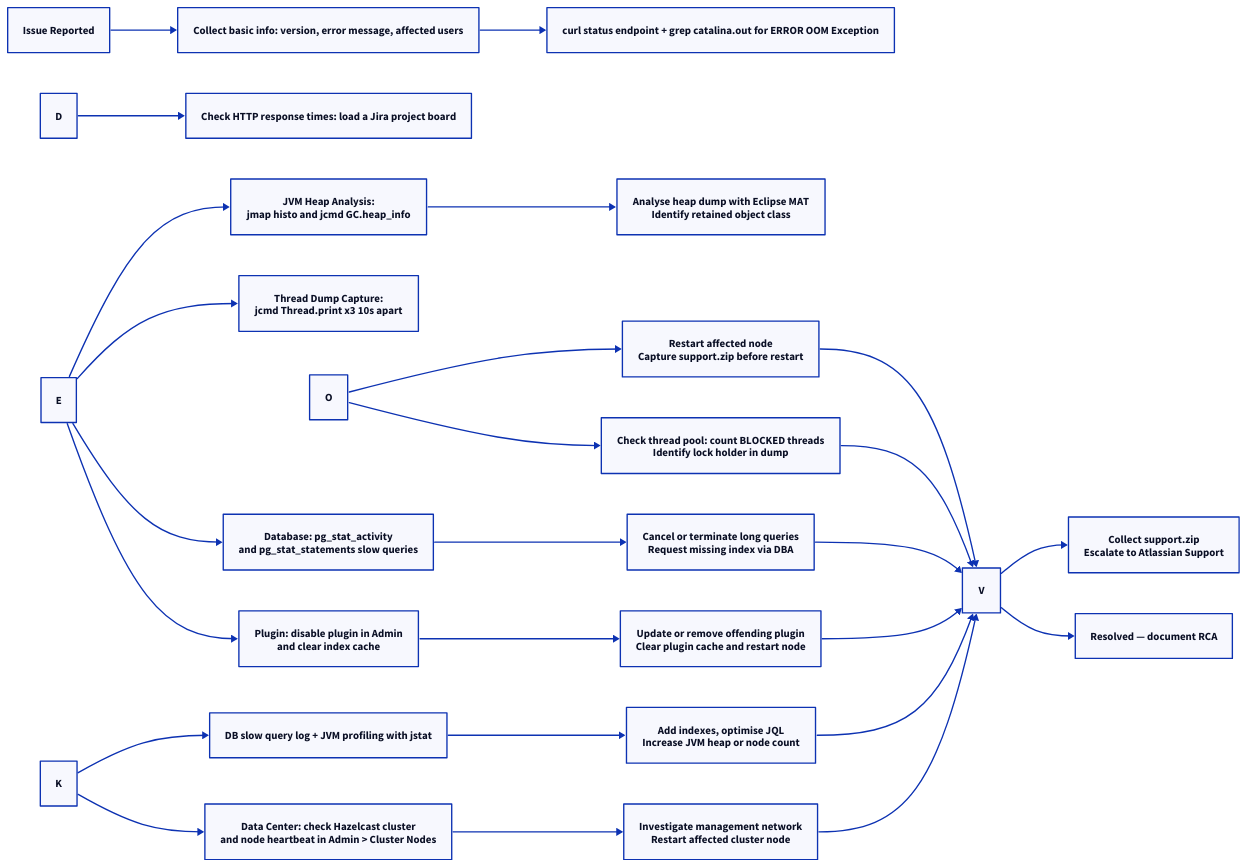
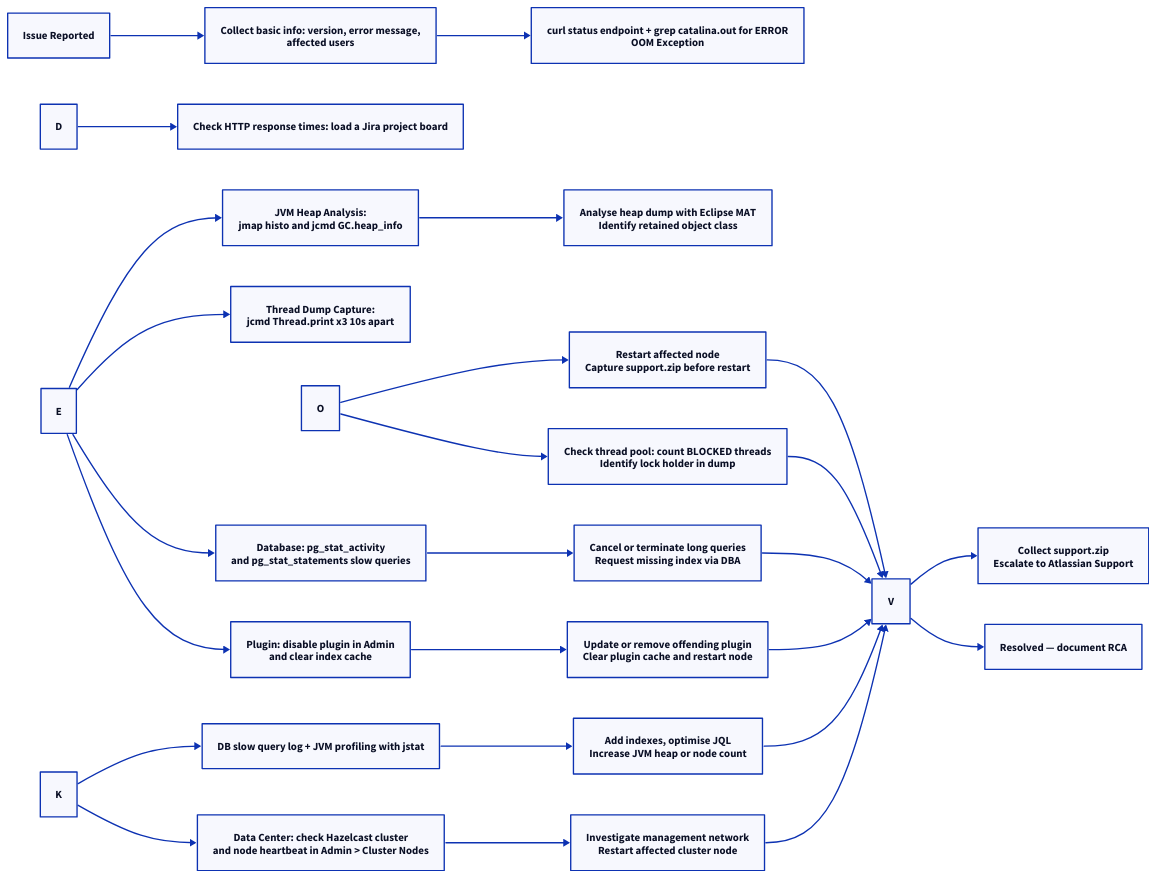
The first of 2 diagrams in docs/itsm/jira/troubleshooting/diagnostics/index.md (canast01/chris-kb), drawn with D2 before and after one commit. The commit also changed 192 other files, not shown here.

````diff
--- a/docs/itsm/jira/troubleshooting/diagnostics/index.md
+++ b/docs/itsm/jira/troubleshooting/diagnostics/index.md
@@ -16,53 +16,53 @@
 ```d2
 direction: right
 
 A: "Issue Reported" {shape: rectangle}
-B: "Collect basic info: version, error message, affected users" {shape: rectangle}
-C: "curl status endpoint + grep catalina.out for ERROR OOM Exception" {shape: rectangle}
+B: "Collect basic info: version, error message,\naffected users" {shape: rectangle}
+C: "curl status endpoint + grep catalina.out for ERROR\nOOM Exception" {shape: rectangle}
 D: "D" {shape: rectangle}
 F: "Check HTTP response times: load a Jira project board" {shape: rectangle}
 E: "E" {shape: rectangle}
 G: "JVM Heap Analysis:\njmap histo and jcmd GC.heap_info" {shape: rectangle}
 H: "Thread Dump Capture:\njcmd Thread.print x3 10s apart" {shape: rectangle}
 I: "Database: pg_stat_activity\nand pg_stat_statements slow queries" {shape: rectangle}
 J: "Plugin: disable plugin in Admin\nand clear index cache" {shape: rectangle}
 K: "K" {shape: rectangle}
 L: "DB slow query log + JVM profiling with jstat" {shape: rectangle}
 M: "Data Center: check Hazelcast cluster\nand node heartbeat in Admin > Cluster Nodes" {shape: rectangle}
 N: "Analyse heap dump with Eclipse MAT\nIdentify retained object class" {shape: rectangle}
 O: "O" {shape: rectangle}
 P: "Restart affected node\nCapture support.zip before restart" {shape: rectangle}
 Q: "Check thread pool: count BLOCKED threads\nIdentify lock holder in dump" {shape: rectangle}
 R: "Cancel or terminate long queries\nRequest missing index via DBA" {shape: rectangle}
 S: "Update or remove offending plugin\nClear plugin cache and restart node" {shape: rectangle}
 T: "Add indexes, optimise JQL\nIncrease JVM heap or node count" {shape: rectangle}
 U: "Investigate management network\nRestart affected cluster node" {shape: rectangle}
 V: "V" {shape: rectangle}
 W: "Collect support.zip\nEscalate to Atlassian Support" {shape: rectangle}
 X: "Resolved — document RCA" {shape: rectangle}
 
 A -> B
 B -> C
 D -> F
 E -> G
 E -> H
 E -> I
 E -> J
 K -> L
 K -> M
 G -> N
 O -> P
 O -> Q
 I -> R
 J -> S
 L -> T
 M -> U
 P -> V
 Q -> V
 R -> V
 S -> V
 T -> V
 U -> V
 V -> W
 V -> X
 ```
````
